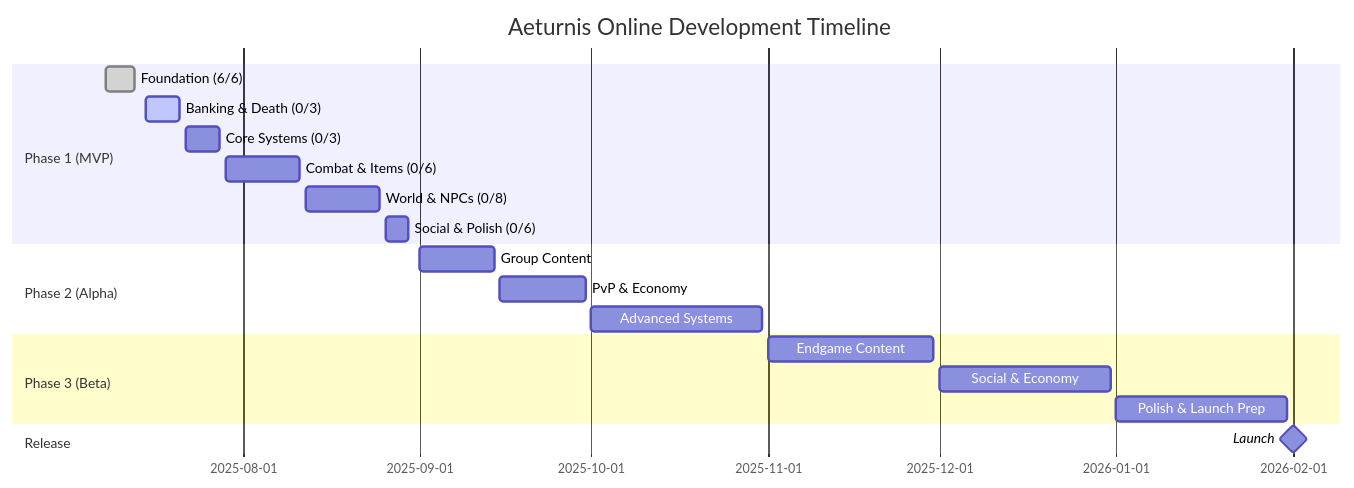
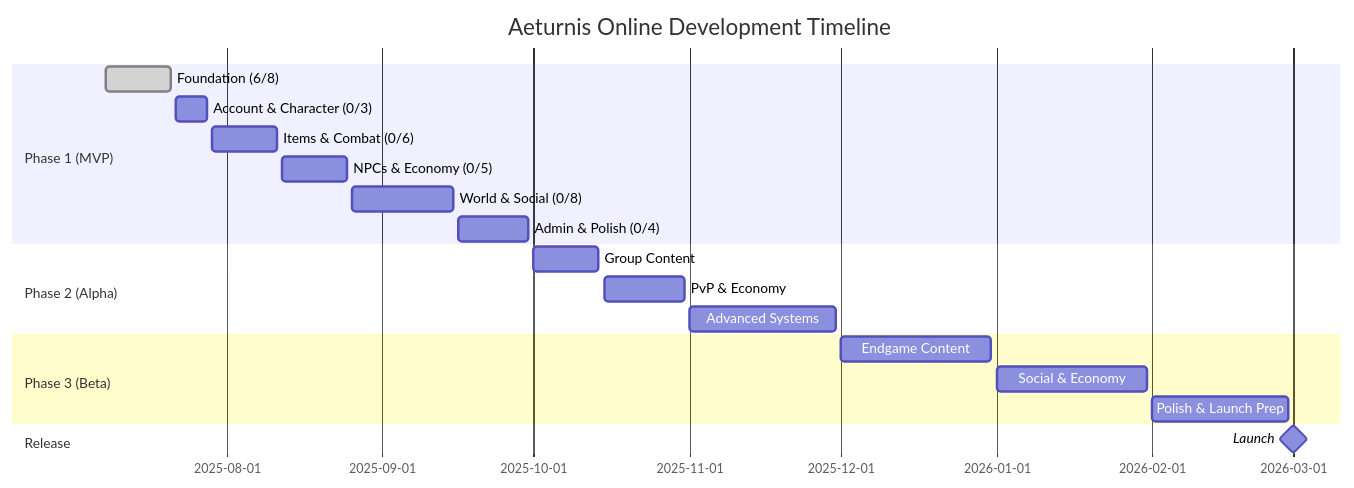
One commit to Aeturnia/Aeturnis-Project changed the first of 2 diagrams in ROADMAP_VISUAL.md. Above: the diagram before and after it, drawn with Mermaid. The commit also changed other lines of this file and 1 other file, not shown here.

First line of the commit message:
docs: Align roadmaps with Implementation Plan v5.0 dependency order

````diff
--- a/ROADMAP_VISUAL.md
+++ b/ROADMAP_VISUAL.md
@@ -13,22 +13,22 @@
 ```mermaid
 gantt
     title Aeturnis Online Development Timeline
     dateFormat YYYY-MM-DD
     section Phase 1 (MVP)
-    Foundation (6/6)          :done, 2025-07-08, 2025-07-13
-    Banking & Death (0/3)     :active, 2025-07-15, 2025-07-21
-    Core Systems (0/3)        :2025-07-22, 2025-07-28
-    Combat & Items (0/6)      :2025-07-29, 2025-08-11
-    World & NPCs (0/8)        :2025-08-12, 2025-08-25
-    Social & Polish (0/6)     :2025-08-26, 2025-08-30
+    Foundation (6/8)          :done, 2025-07-08, 2025-07-21
+    Account & Character (0/3) :2025-07-22, 2025-07-28
+    Items & Combat (0/6)      :2025-07-29, 2025-08-11
+    NPCs & Economy (0/5)      :2025-08-12, 2025-08-25
+    World & Social (0/8)      :2025-08-26, 2025-09-15
+    Admin & Polish (0/4)      :2025-09-16, 2025-09-30
     section Phase 2 (Alpha)
-    Group Content             :2025-09-01, 2025-09-14
-    PvP & Economy            :2025-09-15, 2025-09-30
-    Advanced Systems         :2025-10-01, 2025-10-31
+    Group Content             :2025-10-01, 2025-10-14
+    PvP & Economy            :2025-10-15, 2025-10-31
+    Advanced Systems         :2025-11-01, 2025-11-30
     section Phase 3 (Beta)
-    Endgame Content          :2025-11-01, 2025-11-30
-    Social & Economy         :2025-12-01, 2025-12-31
-    Polish & Launch Prep     :2026-01-01, 2026-01-31
+    Endgame Content          :2025-12-01, 2025-12-31
+    Social & Economy         :2026-01-01, 2026-01-31
+    Polish & Launch Prep     :2026-02-01, 2026-02-28
     section Release
-    Launch                   :milestone, 2026-02-01, 0d
+    Launch                   :milestone, 2026-03-01, 0d
 ```
````
